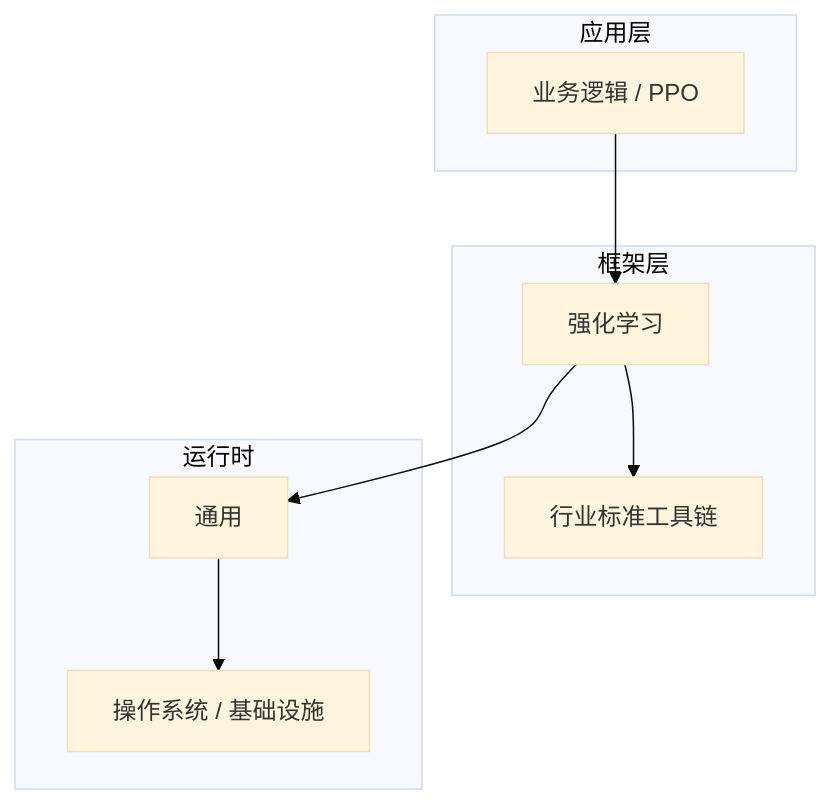
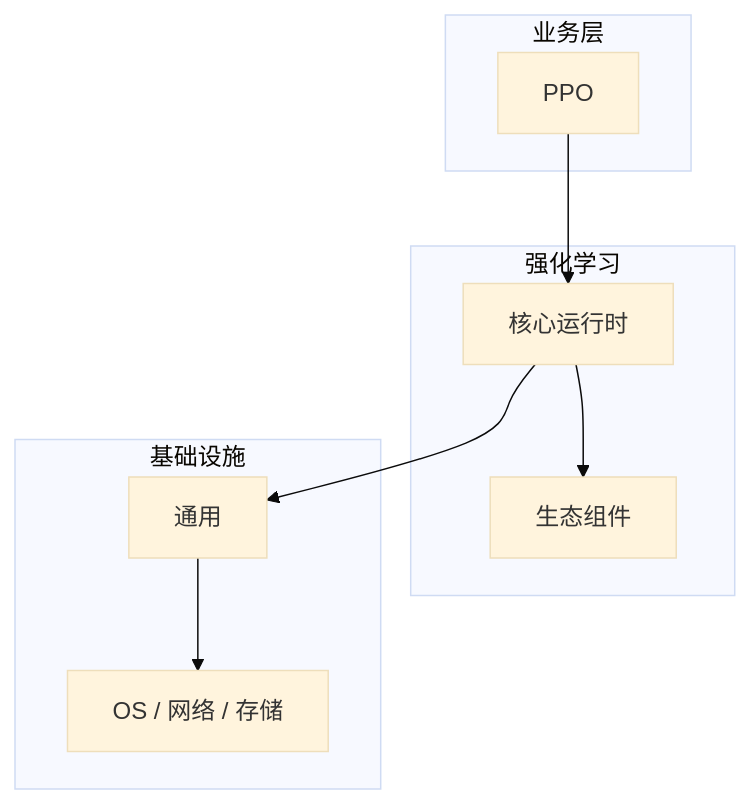
The diagram in articles/强化学习/chapters/036-PPO核心概念与原理.md (yanggan2015/knowledge-json-v2), drawn with Mermaid (base theme) before and after one commit. The commit also changed other lines of this file and 10127 other files, not shown here.

````diff
--- a/articles/强化学习/chapters/036-PPO核心概念与原理.md
+++ b/articles/强化学习/chapters/036-PPO核心概念与原理.md
@@ -45,18 +30,18 @@
 ```mermaid
 graph TB
-    subgraph 应用层
-        A[业务逻辑 / PPO]
+    subgraph 业务层
+        A[PPO]
     end
-    subgraph 框架层
-        B[强化学习]
-        C[行业标准工具链]
+    subgraph 强化学习
+        B[核心运行时]
+        C[生态组件]
     end
-    subgraph 运行时
+    subgraph 基础设施
         D[通用]
-        E[操作系统 / 基础设施]
+        E[OS / 网络 / 存储]
     end
     A --> B
     B --> C
     B --> D
     D --> E
 ```
````
